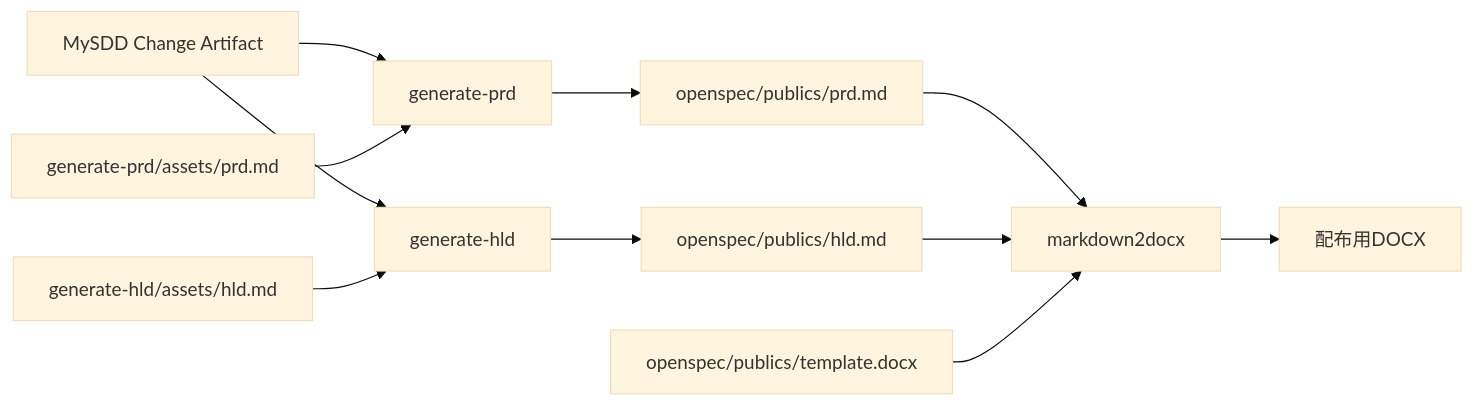
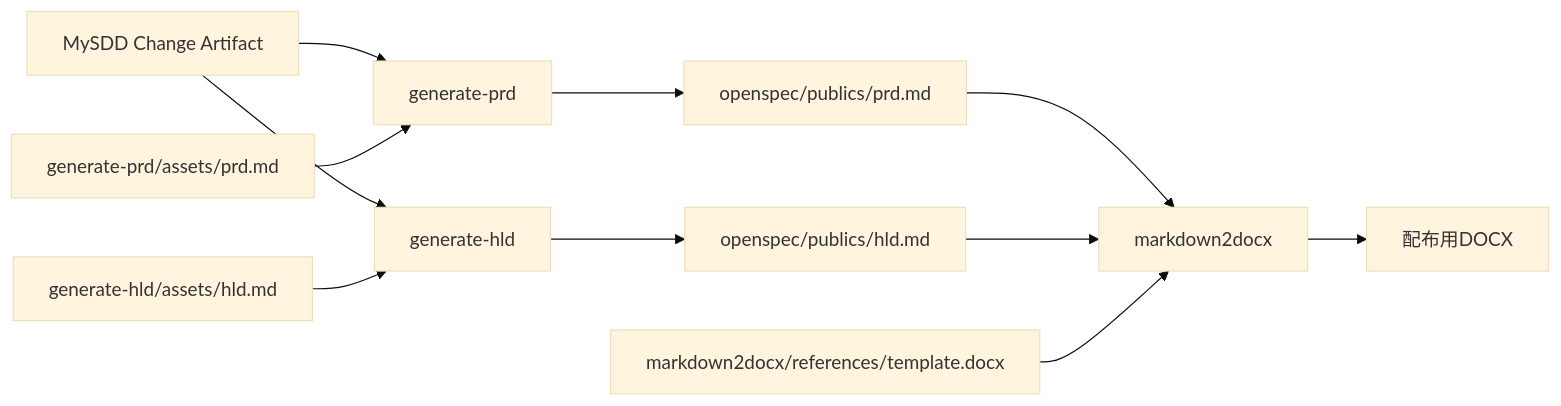
One commit to k5-mot/SETUP.md changed the second of 2 diagrams in docs/references/MySDD-Spec.md. Above: the diagram before and after it, drawn with Mermaid (base theme). The commit also changed other lines of this file and 12 other files, not shown here.

First line of the commit message:
♻️ refactor(markdown2docx): 参照DOCXによる変換へ簡素化

````diff
--- a/docs/references/MySDD-Spec.md
+++ b/docs/references/MySDD-Spec.md
@@ -390,13 +391,13 @@
 ```mermaid
 flowchart LR
     artifacts[MySDD Change Artifact] --> genprd[generate-prd]
     artifacts --> genhld[generate-hld]
     prdasset[generate-prd/assets/prd.md] --> genprd
     hldasset[generate-hld/assets/hld.md] --> genhld
     genprd --> prd[openspec/publics/prd.md]
     genhld --> hld[openspec/publics/hld.md]
     prd --> convert[markdown2docx]
     hld --> convert
-    template[openspec/publics/template.docx] --> convert
+    template[markdown2docx/references/template.docx] --> convert
     convert --> docx[配布用DOCX]
 ```
````
